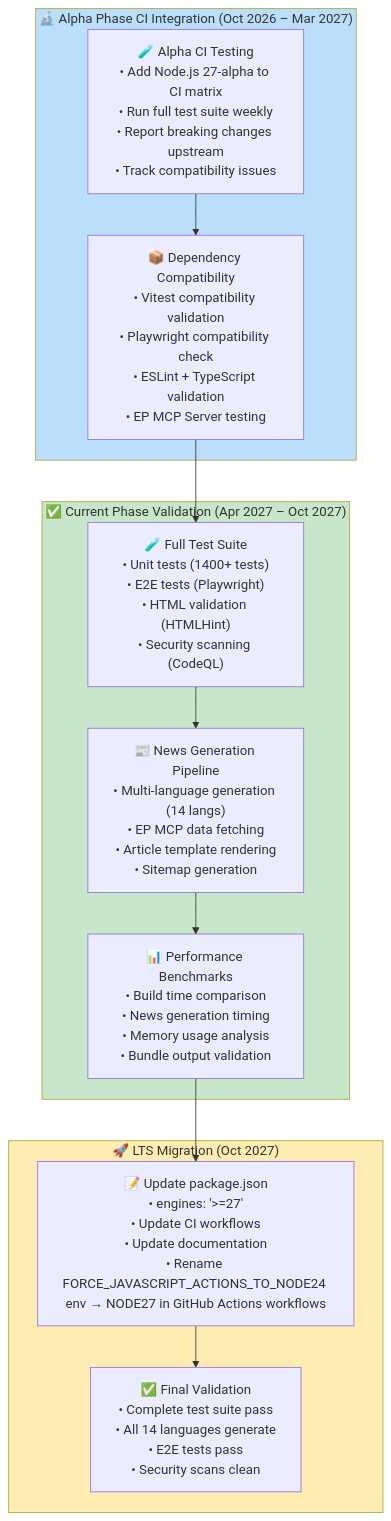
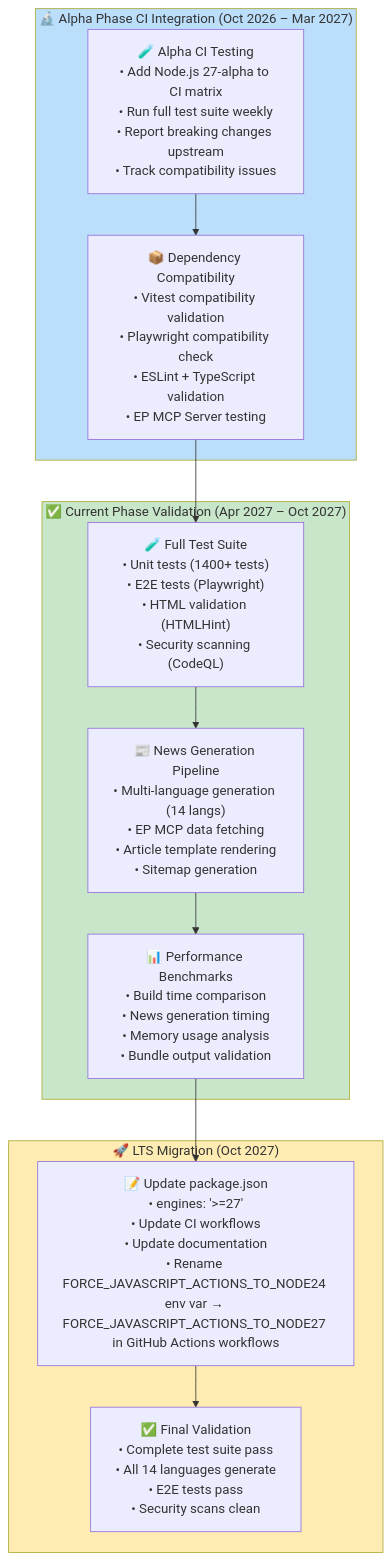
Before and after one commit to Hack23/euparliamentmonitor: the third of 6 diagrams in End-of-Life-Strategy.md, drawn with Mermaid. The commit also changed other lines of this file and 2 other files, not shown here.

Commit message:
Apply review feedback round 9: fix Gantt to month-level dates with correct Node.js LTS windows, clarify env-var rename instruction with full variable names, extract failover runbook to runbooks/github-pages-failover.md

````diff
--- a/End-of-Life-Strategy.md
+++ b/End-of-Life-Strategy.md
@@ -255,29 +256,29 @@
 ```mermaid
 flowchart TB
     subgraph ALPHA["🔬 Alpha Phase CI Integration (Oct 2026 – Mar 2027)"]
         ALPHA_CI["🧪 Alpha CI Testing<br/>• Add Node.js 27-alpha to CI matrix<br/>• Run full test suite weekly<br/>• Report breaking changes upstream<br/>• Track compatibility issues"]
         DEP_COMPAT["📦 Dependency Compatibility<br/>• Vitest compatibility validation<br/>• Playwright compatibility check<br/>• ESLint + TypeScript validation<br/>• EP MCP Server testing"]
     end
 
     subgraph CURRENT["✅ Current Phase Validation (Apr 2027 – Oct 2027)"]
         FULL_TEST["🧪 Full Test Suite<br/>• Unit tests (1400+ tests)<br/>• E2E tests (Playwright)<br/>• HTML validation (HTMLHint)<br/>• Security scanning (CodeQL)"]
         NEWS_GEN["📰 News Generation Pipeline<br/>• Multi-language generation (14 langs)<br/>• EP MCP data fetching<br/>• Article template rendering<br/>• Sitemap generation"]
         PERF_BENCH["📊 Performance Benchmarks<br/>• Build time comparison<br/>• News generation timing<br/>• Memory usage analysis<br/>• Bundle output validation"]
     end
 
     subgraph MIGRATION["🚀 LTS Migration (Oct 2027)"]
-        UPDATE_ENGINES["📝 Update package.json<br/>• engines: '>=27'<br/>• Update CI workflows<br/>• Update documentation<br/>• Rename FORCE_JAVASCRIPT_ACTIONS_TO_NODE24 env → NODE27 in GitHub Actions workflows"]
+        UPDATE_ENGINES["📝 Update package.json<br/>• engines: '>=27'<br/>• Update CI workflows<br/>• Update documentation<br/>• Rename FORCE_JAVASCRIPT_ACTIONS_TO_NODE24 env var → FORCE_JAVASCRIPT_ACTIONS_TO_NODE27 in GitHub Actions workflows"]
         FINAL_VALIDATION["✅ Final Validation<br/>• Complete test suite pass<br/>• All 14 languages generate<br/>• E2E tests pass<br/>• Security scans clean"]
     end
 
     ALPHA_CI --> DEP_COMPAT
     DEP_COMPAT --> FULL_TEST
     FULL_TEST --> NEWS_GEN
     NEWS_GEN --> PERF_BENCH
     PERF_BENCH --> UPDATE_ENGINES
     UPDATE_ENGINES --> FINAL_VALIDATION
 
     style ALPHA fill:#bbdefb
     style CURRENT fill:#c8e6c9
     style MIGRATION fill:#ffecb3
 ```
````
